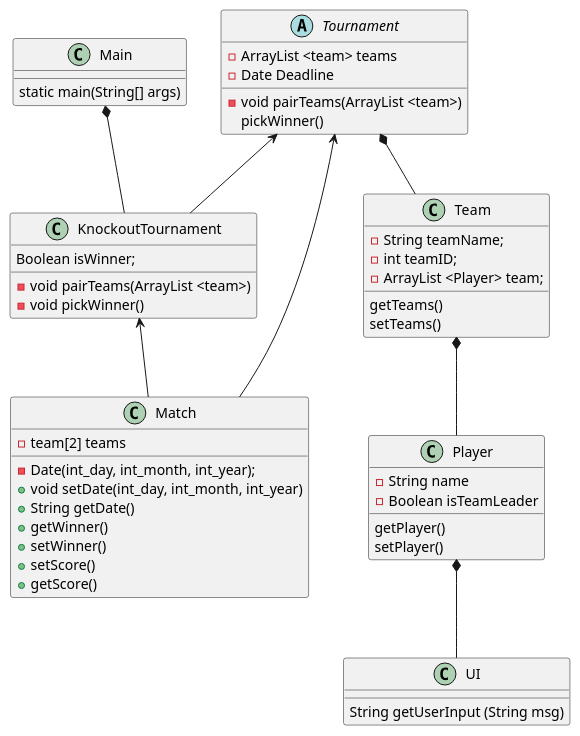
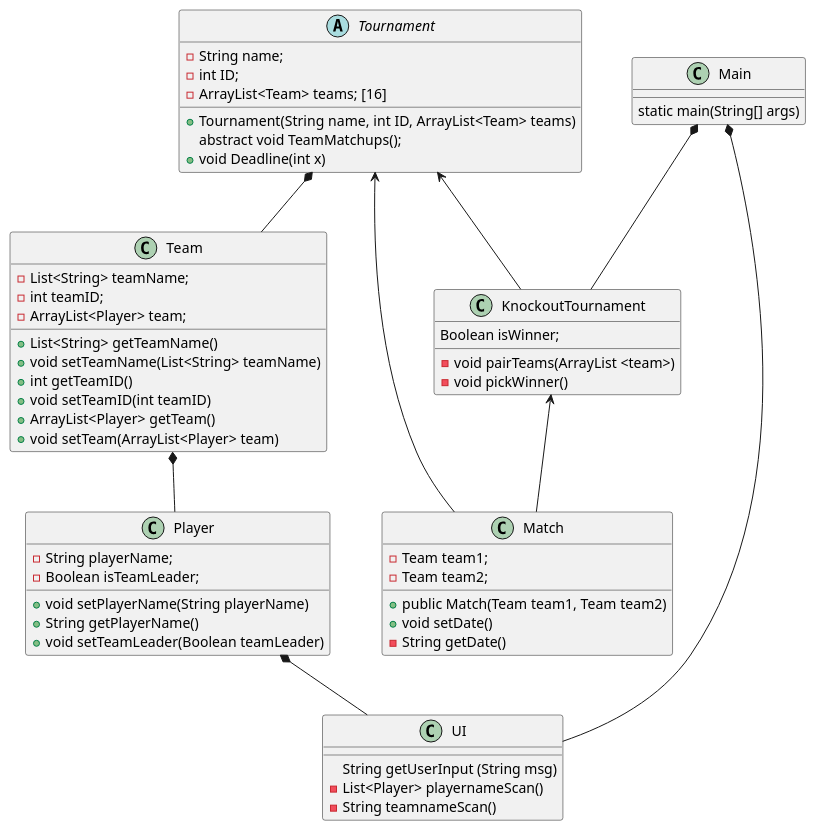
One commit to SimonLyng/SP3 changed the diagram in SP3/src/UML/SP3 klasseDiagram.puml. Above: the diagram before and after it, drawn with PlantUML. The commit also changed 4 other files, not shown here.

```diff
--- a/SP3/src/UML/SP3 klasseDiagram.puml
+++ b/SP3/src/UML/SP3 klasseDiagram.puml
@@ -1,62 +1,70 @@
 @startuml
 'https://plantuml.com/class-diagram
 
 Tournament<--KnockoutTournament
 Team*--Player
 Tournament*--Team
 Player*-- UI
 Main*--KnockoutTournament
 KnockoutTournament<-- Match
 Tournament<-- Match
+Main*-- UI
 
 class Player{
-- String name
-getPlayer()
-setPlayer()
--Boolean isTeamLeader
+- String playerName;
+ -Boolean isTeamLeader;
+ +void setPlayerName(String playerName)
+ +String getPlayerName()
+ +void setTeamLeader(Boolean teamLeader)
 
 }
 
 class Team{
-- String teamName;
-- int teamID;
-- ArrayList <Player> team;
-getTeams()
-setTeams()
+-List<String> teamName;
+-int teamID;
+-ArrayList<Player> team;
++List<String> getTeamName()
++void setTeamName(List<String> teamName)
++int getTeamID()
++void setTeamID(int teamID)
++ArrayList<Player> getTeam()
++void setTeam(ArrayList<Player> team)
 }
 
 abstract class Tournament {
-- ArrayList <team> teams
-- void pairTeams(ArrayList <team>)
-- Date Deadline
-pickWinner()
+-String name;
+-int ID;
+-ArrayList<Team> teams; [16]
++Tournament(String name, int ID, ArrayList<Team> teams)
+abstract void TeamMatchups();
+ +void Deadline(int x)
 
 
 }
 
 class KnockoutTournament {
 Boolean isWinner;
 - void pairTeams(ArrayList <team>)
 -void pickWinner()
 }
 
 class UI {
 String getUserInput (String msg)
+-List<Player> playernameScan()
+-String teamnameScan()
 }
 
 class Main{
 
 static main(String[] args)
 }
 
 class Match {
--team[2] teams
--Date(int_day, int_month, int_year);
-+void setDate(int_day, int_month, int_year)
-+String getDate()
-+getWinner()
-+setWinner()
-+ setScore()
-+getScore()
+  -Team team1;
+  -Team team2;
+ + public Match(Team team1, Team team2)
+ +void setDate()
+ -String getDate()
+
 }
 @enduml
```
